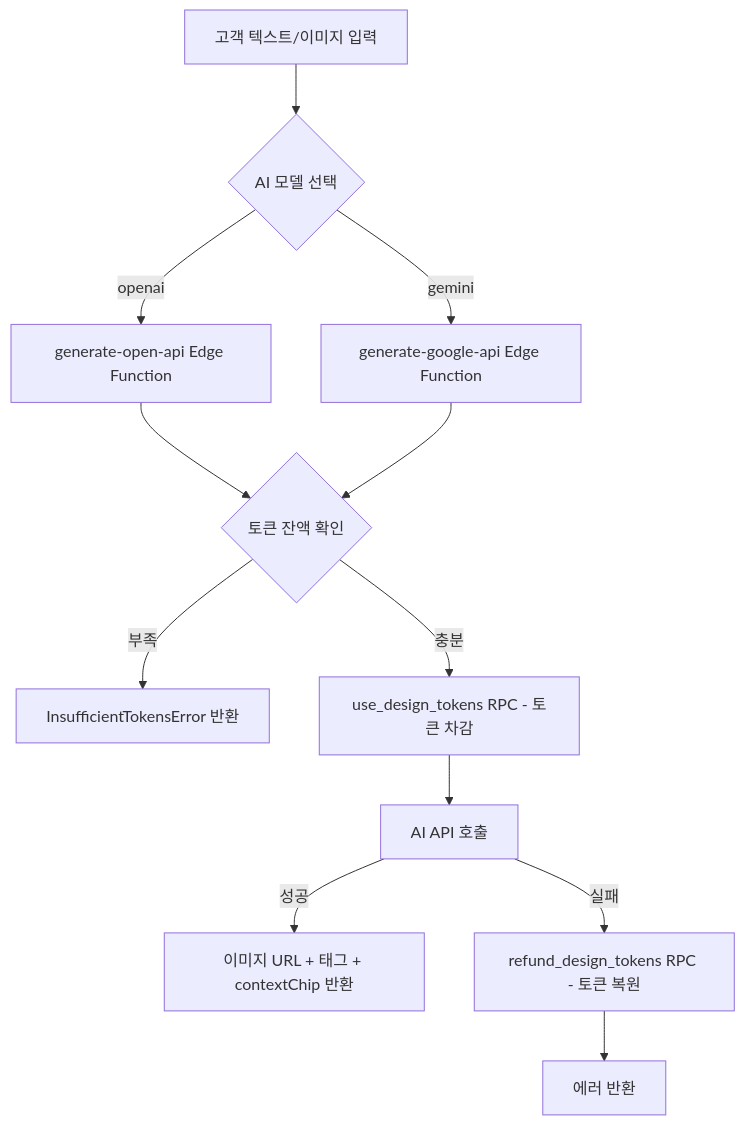
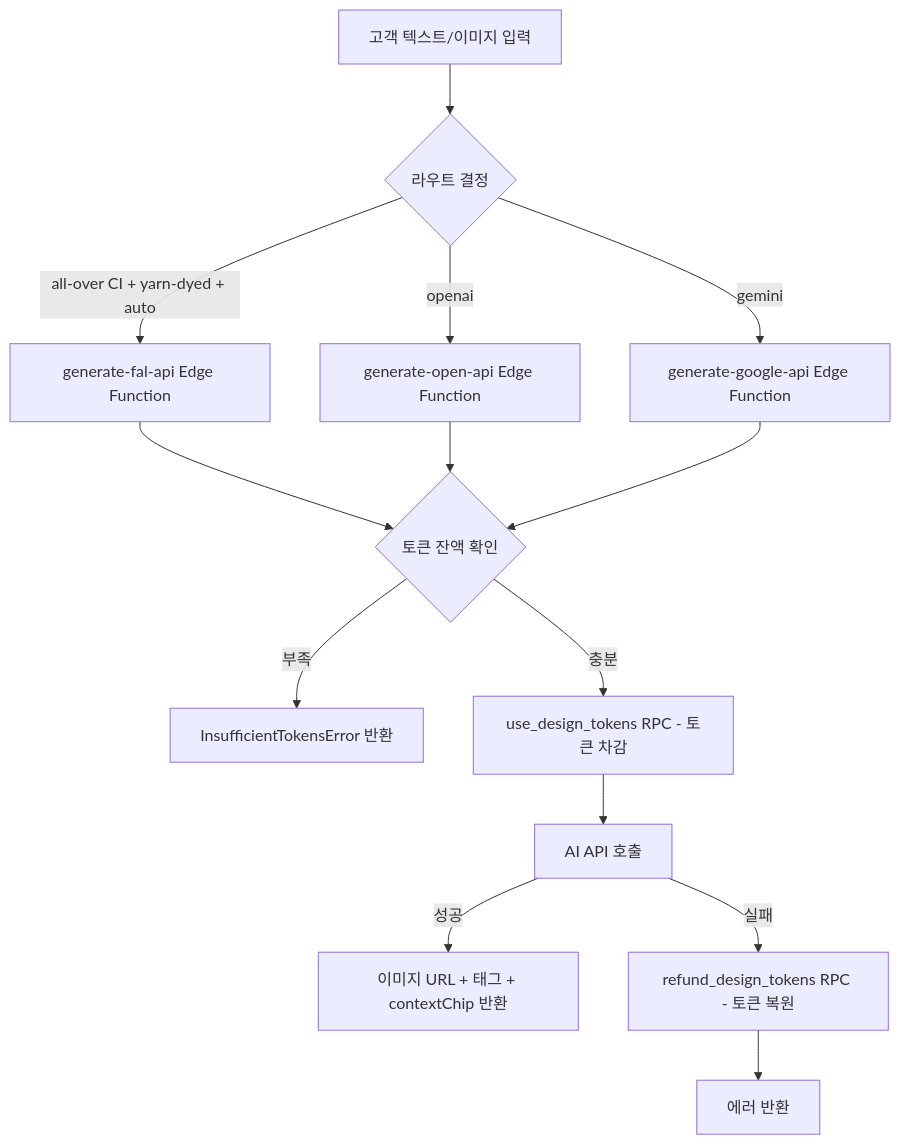
The diagram in docs/domains/design.md (Bongseop-Kim/YeongSeon), drawn with Mermaid before and after one commit. The commit also changed other lines of this file and 27 other files, not shown here.

````diff
--- a/docs/domains/design.md
+++ b/docs/domains/design.md
@@ -25,14 +25,16 @@
 ```mermaid
 flowchart TD
-    A[고객 텍스트/이미지 입력] --> B{AI 모델 선택}
+    A[고객 텍스트/이미지 입력] --> B{라우트 결정}
+    B -->|all-over CI + yarn-dyed + auto| FAL[generate-fal-api Edge Function]
     B -->|openai| C[generate-open-api Edge Function]
     B -->|gemini| D[generate-google-api Edge Function]
-    C --> E{토큰 잔액 확인}
+    FAL --> E{토큰 잔액 확인}
+    C --> E
     D --> E
     E -->|부족| F[InsufficientTokensError 반환]
     E -->|충분| G[use_design_tokens RPC - 토큰 차감]
     G --> H[AI API 호출]
     H -->|성공| I[이미지 URL + 태그 + contextChip 반환]
     H -->|실패| J[refund_design_tokens RPC - 토큰 복원]
     J --> K[에러 반환]
 ```
````
